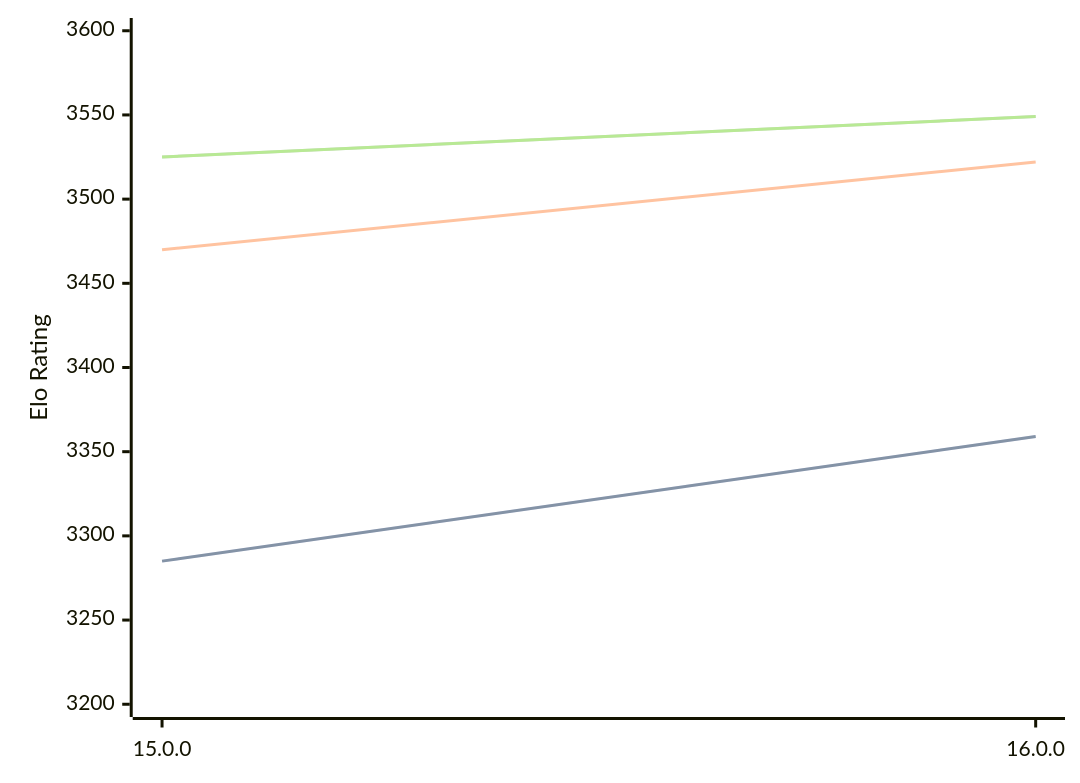
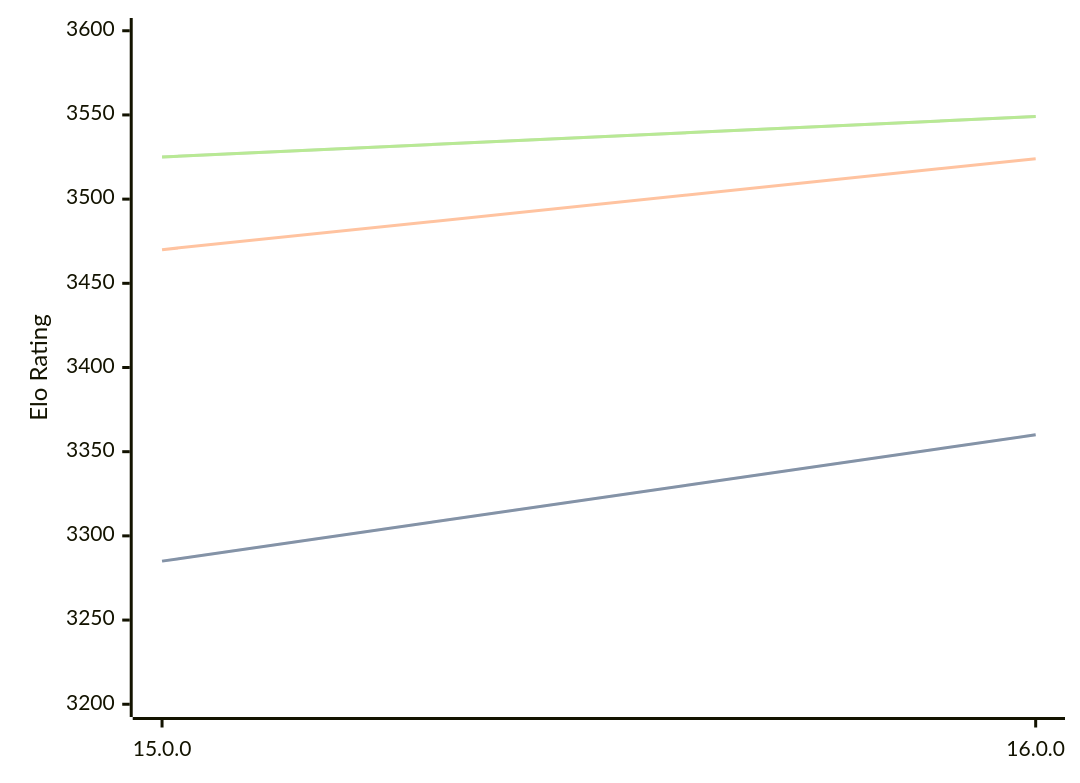
One commit to computer-chess-index/cci changed the diagram in engines/Halogen.md. Above: the diagram before and after it, drawn with Mermaid. The commit also changed other lines of this file, not shown here.

````diff
--- a/engines/Halogen.md
+++ b/engines/Halogen.md
@@ -32,11 +32,11 @@
 ```mermaid
 %%{init: {"theme":"base","themeVariables":{"seriesColors:['#a3a3a3','#222221','#faa371']}}}%%
 xychart-beta
   x-axis ["15.0.0", "16.0.0"]
   y-axis "Elo Rating" 3200 --> 3600
-  line "STC (8.0+0.08s)" [3285, 3359]
-  line "STC (8.0+0.08s)" [3285, 3359]
-  line "LTC (60.0+0.60s)" [3470, 3522]
+  line "STC (8.0+0.08s)" [3285, 3360]
+  line "STC (8.0+0.08s)" [3285, 3360]
+  line "LTC (60.0+0.60s)" [3470, 3524]
   line "VLTC (2m24s+1.12s)" [3525, 3549]
   line "VLTC (2m24s+1.12s)" [3525, 3549]
 ```
````
